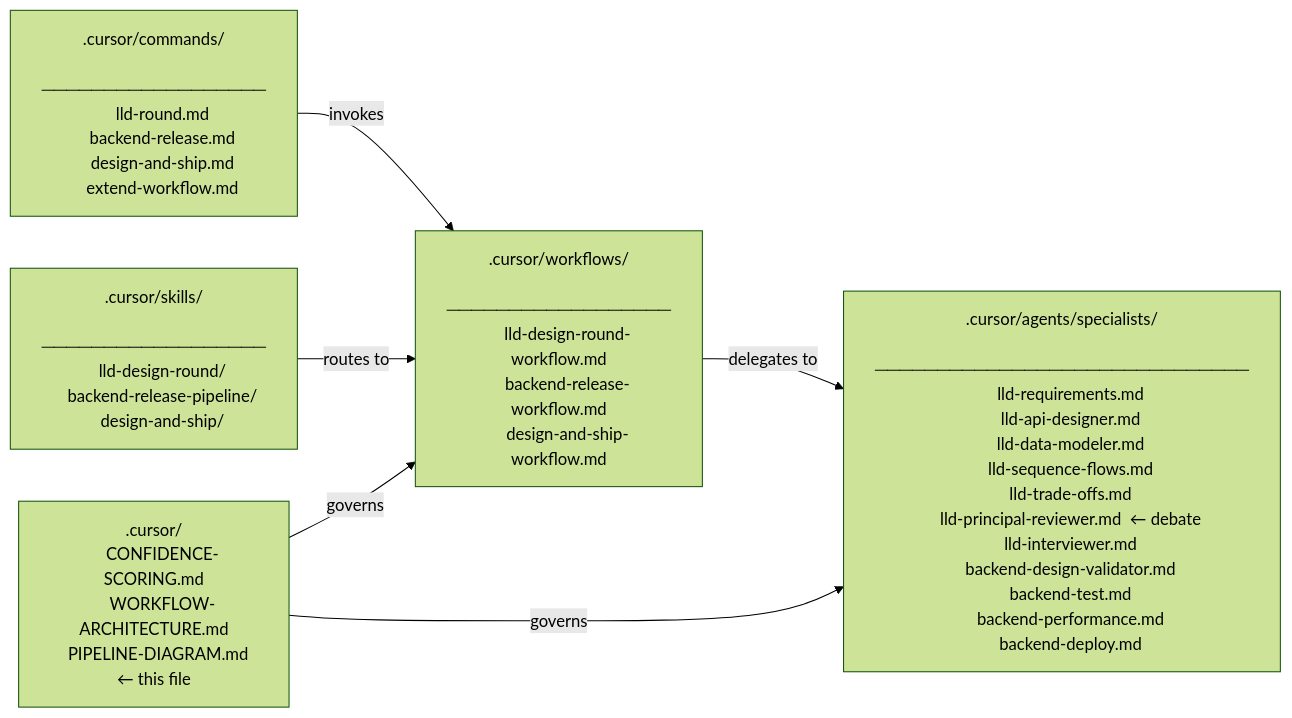
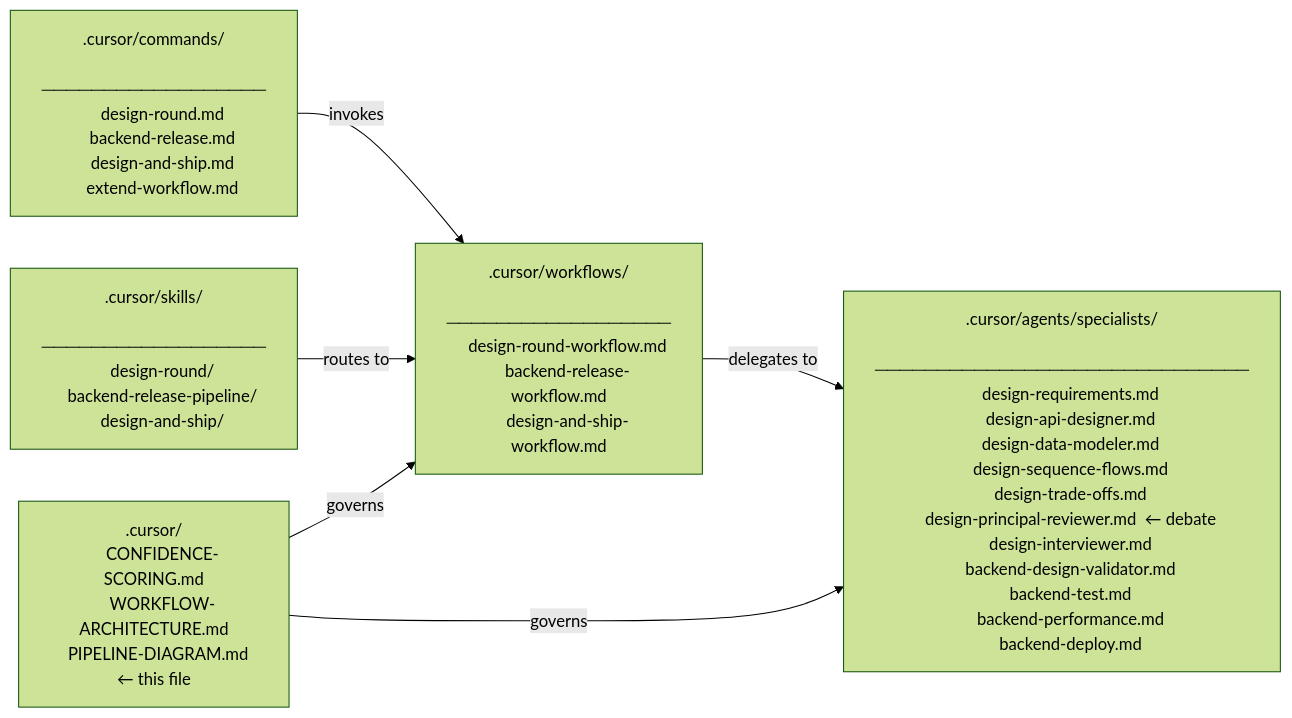
One commit to amit894/agentic-backend-design changed the fourth of 4 diagrams in .cursor/PIPELINE-DIAGRAM.md. Above: the diagram before and after it, drawn with Mermaid (forest theme). The commit also changed other lines of this file and 29 other files, not shown here.

First line of the commit message:
Rename backend-lld-kit to backend-design: complete refactor of agents and workflows

````diff
--- a/.cursor/PIPELINE-DIAGRAM.md
+++ b/.cursor/PIPELINE-DIAGRAM.md
@@ -167,46 +167,46 @@
 ```mermaid
 flowchart LR
     CMD[".cursor/commands/
     ──────────────────
-    lld-round.md
+    design-round.md
     backend-release.md
     design-and-ship.md
     extend-workflow.md"]
 
     SKL[".cursor/skills/
     ──────────────────
-    lld-design-round/
+    design-round/
     backend-release-pipeline/
     design-and-ship/"]
 
     WFL[".cursor/workflows/
     ──────────────────
-    lld-design-round-workflow.md
+    design-round-workflow.md
     backend-release-workflow.md
     design-and-ship-workflow.md"]
 
     AGT[".cursor/agents/specialists/
     ──────────────────────────────
-    lld-requirements.md
-    lld-api-designer.md
-    lld-data-modeler.md
-    lld-sequence-flows.md
-    lld-trade-offs.md
-    lld-principal-reviewer.md  ← debate
-    lld-interviewer.md
+    design-requirements.md
+    design-api-designer.md
+    design-data-modeler.md
+    design-sequence-flows.md
+    design-trade-offs.md
+    design-principal-reviewer.md  ← debate
+    design-interviewer.md
     backend-design-validator.md
     backend-test.md
     backend-performance.md
     backend-deploy.md"]
 
     RUB[".cursor/
     CONFIDENCE-SCORING.md
     WORKFLOW-ARCHITECTURE.md
     PIPELINE-DIAGRAM.md  ← this file"]
 
     CMD -->|"invokes"| WFL
     SKL -->|"routes to"| WFL
     WFL -->|"delegates to"| AGT
     RUB -->|"governs"| AGT
     RUB -->|"governs"| WFL
 ```
````
